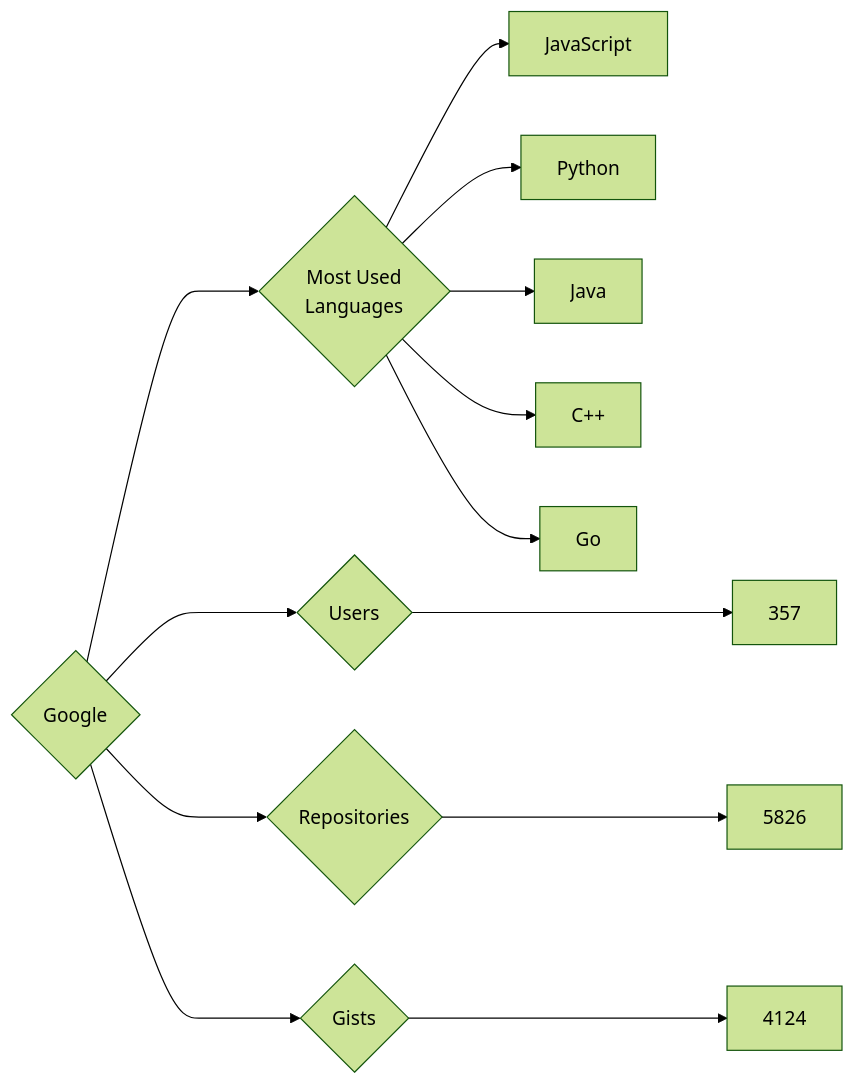
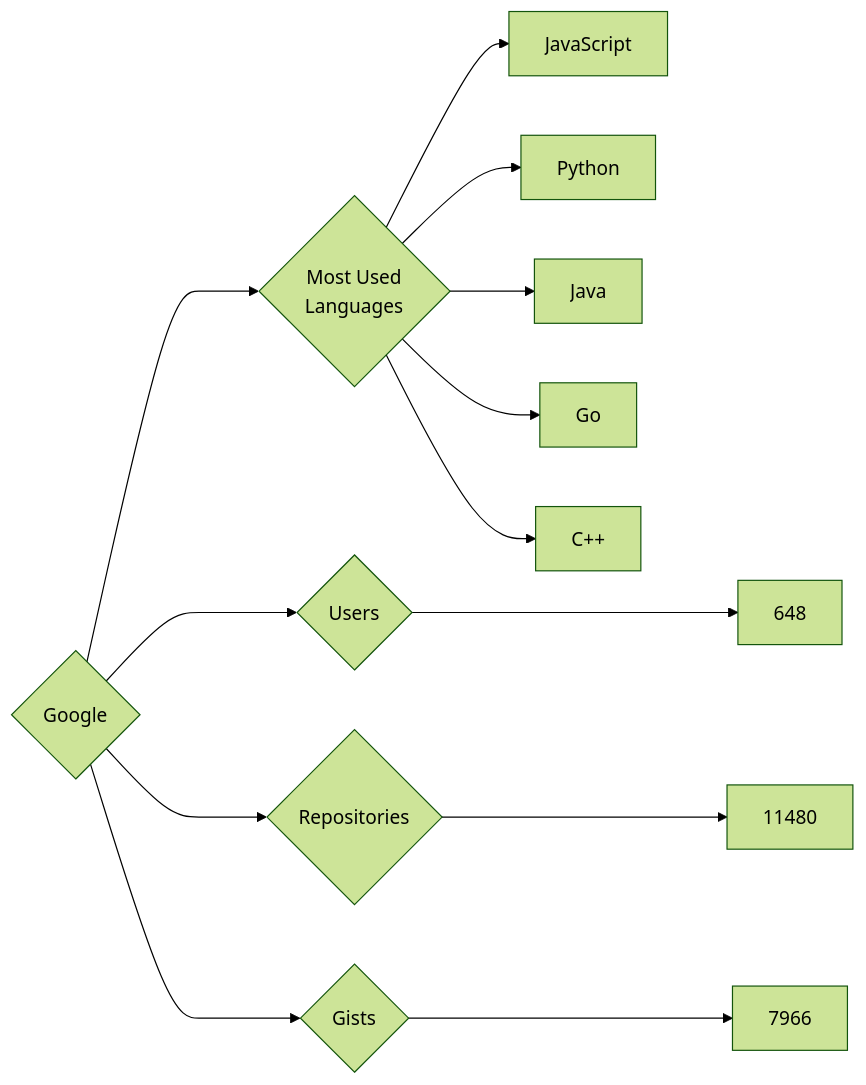
Before and after one commit to trickest/insiders: the diagram in targets/Google/README.md, drawn with Mermaid (forest theme). The commit also changed 721 other files, not shown here.

````diff
--- a/targets/Google/README.md
+++ b/targets/Google/README.md
@@ -3,13 +3,13 @@
 ```mermaid
 graph LR
 COMPANY_NAME{Google}
-COMPANY_NAME ---> U{Users} ---> UN[357]
-COMPANY_NAME ---> R{Repositories} ---> RN[5826]
-COMPANY_NAME ---> G{Gists} ---> GN[4124]
+COMPANY_NAME ---> U{Users} ---> UN[648]
+COMPANY_NAME ---> R{Repositories} ---> RN[11480]
+COMPANY_NAME ---> G{Gists} ---> GN[7966]
 COMPANY_NAME ---> ML{Most Used<br>Languages}
 ML --> JavaScript[JavaScript]
 ML --> Python[Python]
 ML --> Java[Java]
+ML --> Go[Go]
 ML --> C++[C++]
-ML --> Go[Go]
 ```
````
